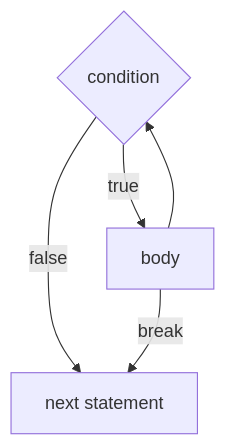
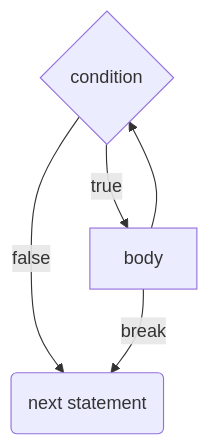
The second of 5 diagrams in C2.md (Allen-B1/java-lessons), drawn with Mermaid before and after one commit. The commit also changed other lines of this file and 5 other files, not shown here.

Commit message:
Fix loop diagrams

````diff
--- a/C2.md
+++ b/C2.md
@@ -25,7 +25,7 @@
 ```mermaid
 graph TD
 condition{condition} --> |true| body
 condition --> |false| next
 body --> condition
-body --> |break| next["next statement"]
+body --> |break| next("next statement")
 ```
````
